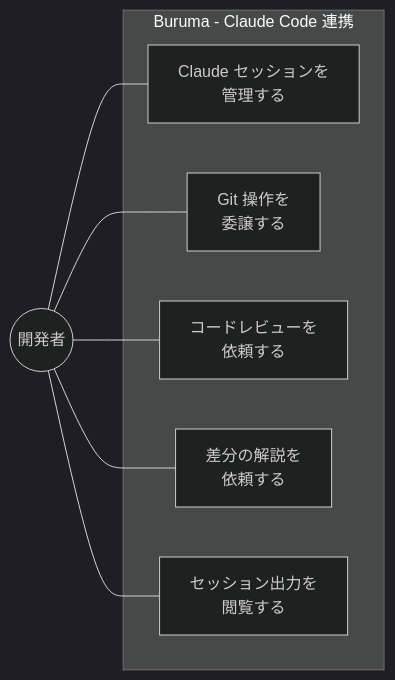
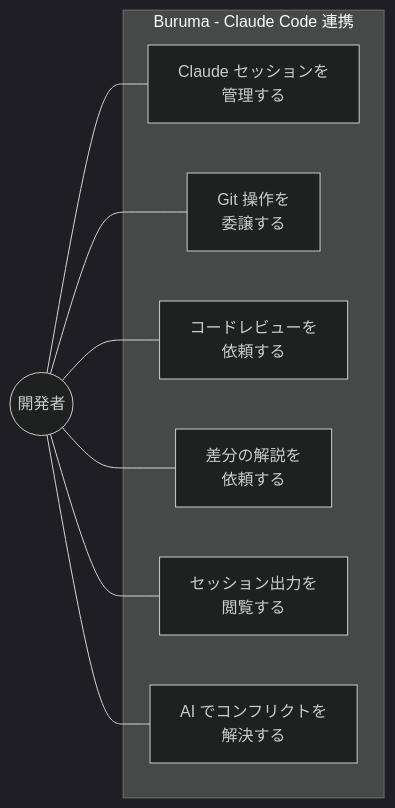
Before and after one commit to ToshikiImagawa/Buruma: the first of 4 diagrams in .sdd/requirement/claude-code-integration.md, drawn with Mermaid. The commit also changed other lines of this file and 5 other files, not shown here.

````diff
--- a/.sdd/requirement/claude-code-integration.md
+++ b/.sdd/requirement/claude-code-integration.md
@@ -61,19 +61,21 @@
 ```mermaid
 %%{init: {'theme': 'dark'}}%%
 flowchart LR
     Developer((開発者))
 
     subgraph Buruma["Buruma - Claude Code 連携"]
         ManageSession["Claude セッションを<br/>管理する"]
         DelegateGit["Git 操作を<br/>委譲する"]
         RequestReview["コードレビューを<br/>依頼する"]
         RequestExplain["差分の解説を<br/>依頼する"]
         ViewOutput["セッション出力を<br/>閲覧する"]
+        AIConflict["AI でコンフリクトを<br/>解決する"]
     end
 
     Developer --- ManageSession
     Developer --- DelegateGit
     Developer --- RequestReview
     Developer --- RequestExplain
     Developer --- ViewOutput
+    Developer --- AIConflict
 ```
````
